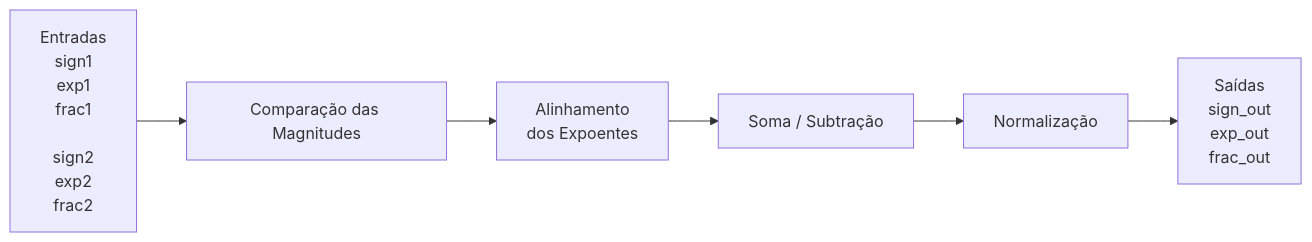
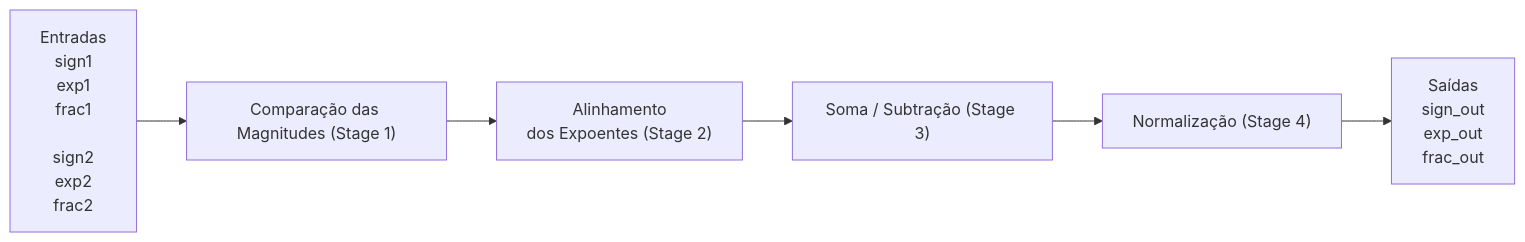
One commit to gabrilles27/projeto-final-sistemas-digitais changed the diagram in README.md. Above: the diagram before and after it, drawn with Mermaid. The commit also changed other lines of this file, not shown here.

````diff
--- a/README.md
+++ b/README.md
@@ -20,32 +20,32 @@
 ```mermaid
 flowchart LR
 
 A["Entradas
 sign1
 exp1
 frac1
 
 sign2
 exp2
 frac2"]
 
-B["Comparação das Magnitudes"]
+B["Comparação das Magnitudes (Stage 1)"]
 
 C["Alinhamento
-dos Expoentes"]
+dos Expoentes (Stage 2)"]
 
-D["Soma / Subtração"]
+D["Soma / Subtração (Stage 3)"]
 
-E["Normalização"]
+E["Normalização (Stage 4)"]
 
 F["Saídas
 sign_out
 exp_out
 frac_out"]
 
 A --> B
 B --> C
 C --> D
 D --> E
 E --> F
 ```
````
